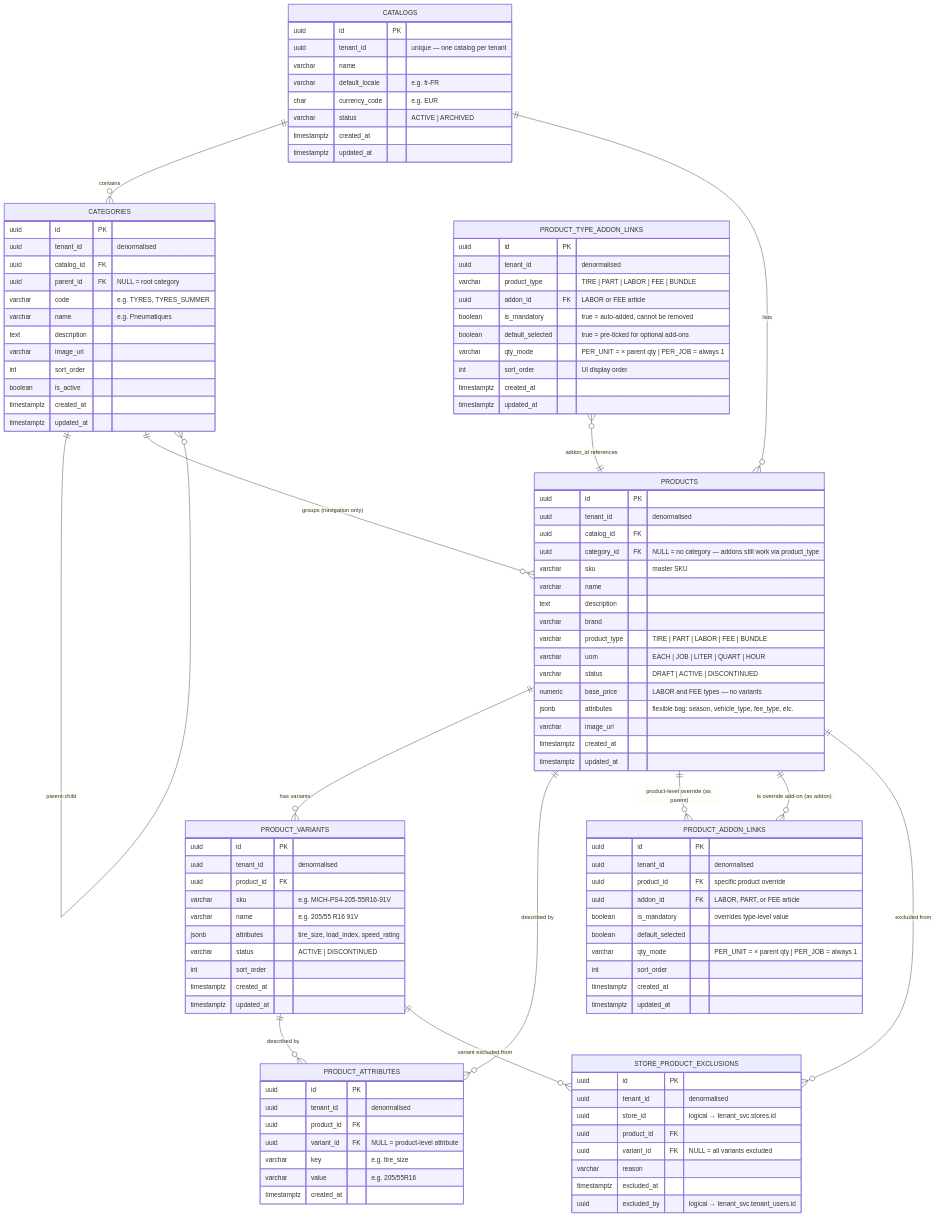
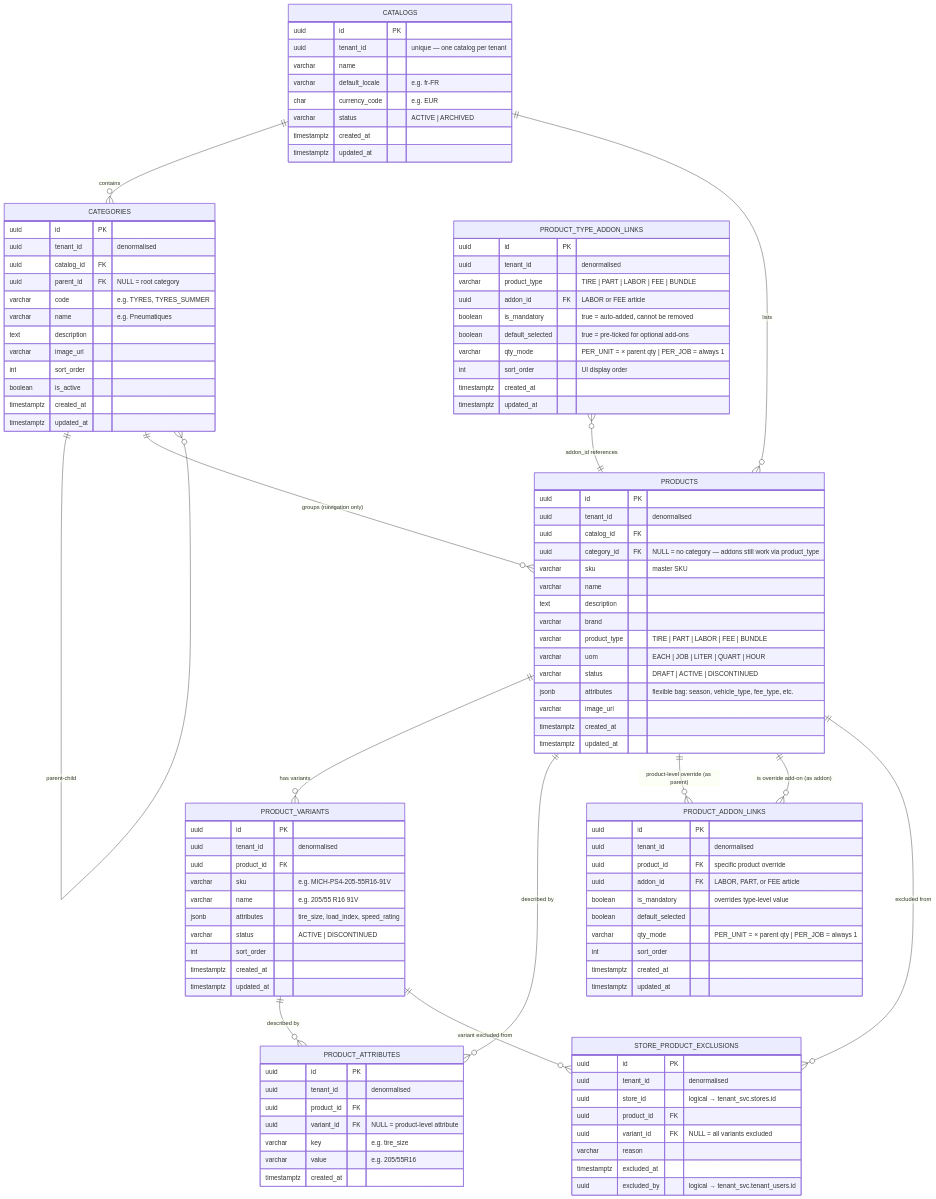
Before and after one commit to sumitjuyal/ecommerce-platform: the second of 2 diagrams in eComm/eCommDataModel/catalog-domain.md, drawn with Mermaid. The commit also changed other lines of this file and 2 other files, not shown here.

First line of the commit message:
Add pricing_svc schema and pricing-domain.md

```diff
--- a/eComm/eCommDataModel/catalog-domain.md
+++ b/eComm/eCommDataModel/catalog-domain.md
@@ -272,7 +281,6 @@
     varchar     product_type          "TIRE | PART | LABOR | FEE | BUNDLE"
     varchar     uom                   "EACH | JOB | LITER | QUART | HOUR"
     varchar     status                "DRAFT | ACTIVE | DISCONTINUED"
-    numeric     base_price            "LABOR and FEE types — no variants"
     jsonb       attributes            "flexible bag: season, vehicle_type, fee_type, etc."
     varchar     image_url
     timestamptz created_at
```
